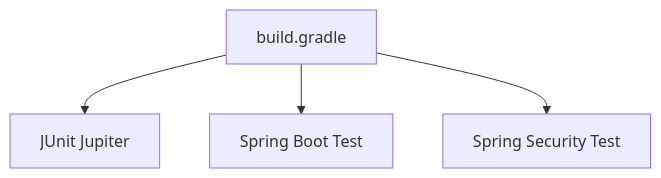
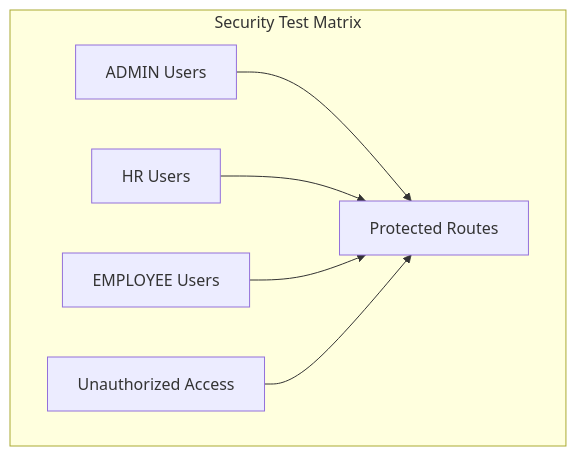
The fifth of 5 diagrams in .qoder/repowiki/en/content/Testing Strategy.md (mhcybroot/Skylink-custom-backend), drawn with Mermaid before and after one commit. The commit also changed other lines of this file and 7 other files, not shown here.

First line of the commit message:
feat(architecture): enhance security, real-time communication, and data access layers

````diff
--- a/.qoder/repowiki/en/content/Testing Strategy.md
+++ b/.qoder/repowiki/en/content/Testing Strategy.md
@@ -267,10 +250,14 @@
 ```mermaid
 graph TB
-G["build.gradle"]
-JUnit["JUnit Jupiter"]
-SBTest["Spring Boot Test"]
-SecTest["Spring Security Test"]
-G --> JUnit
-G --> SBTest
-G --> SecTest
+subgraph "Security Test Matrix"
+A["ADMIN Users"]
+B["HR Users"]
+C["EMPLOYEE Users"]
+D["Unauthorized Access"]
+E["Protected Routes"]
+end
+A --> E
+B --> E
+C --> E
+D --> E
 ```
````
